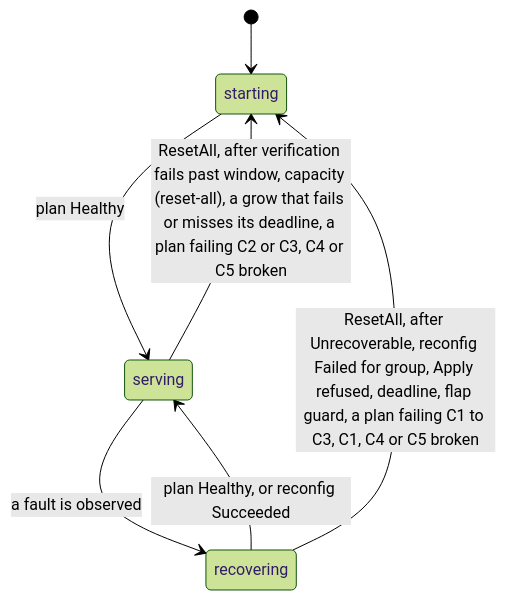
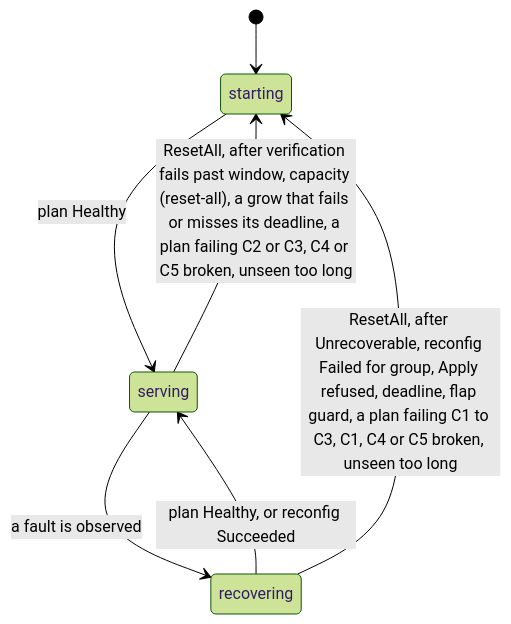
Before and after one commit to Etelis/llm-d-resiliency-operator: the first of 3 diagrams in docs/design/contracts/controller.md, drawn with Mermaid (forest theme). The commit also changed other lines of this file and 3 other files, not shown here.

Commit message:
Reset a group no admitted member of which could be read for UnseenTimeout

````diff
--- a/docs/design/contracts/controller.md
+++ b/docs/design/contracts/controller.md
@@ -163,9 +165,9 @@
 ```mermaid
 stateDiagram-v2
   [*] --> starting
   starting --> serving: plan Healthy
   serving --> recovering: a fault is observed
   recovering --> serving: plan Healthy, or reconfig Succeeded
-  serving --> starting: ResetAll, after verification fails past window, capacity (reset-all), a grow that fails or misses its deadline, a plan failing C2 or C3, C4 or C5 broken
-  recovering --> starting: ResetAll, after Unrecoverable, reconfig Failed for group, Apply refused, deadline, flap guard, a plan failing C1 to C3, C1, C4 or C5 broken
+  serving --> starting: ResetAll, after verification fails past window, capacity (reset-all), a grow that fails or misses its deadline, a plan failing C2 or C3, C4 or C5 broken, unseen too long
+  recovering --> starting: ResetAll, after Unrecoverable, reconfig Failed for group, Apply refused, deadline, flap guard, a plan failing C1 to C3, C1, C4 or C5 broken, unseen too long
 ```
````
